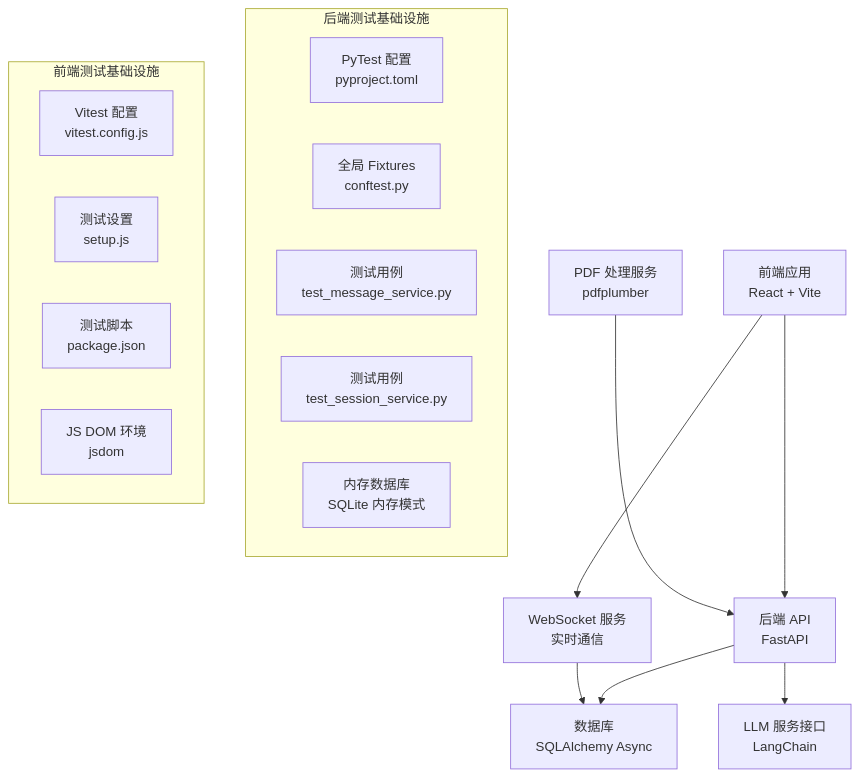
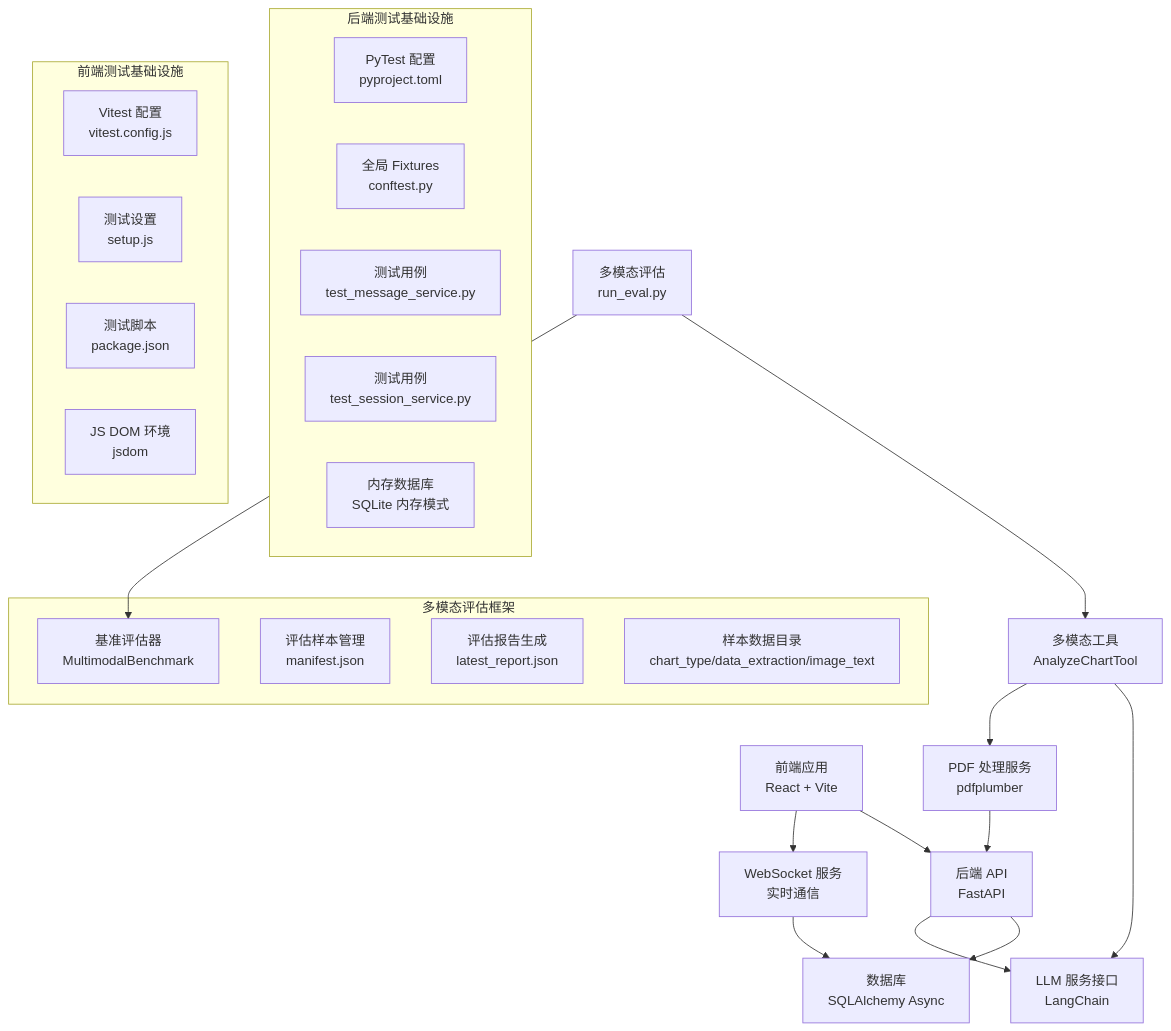
The first of 3 diagrams in .qoder/repowiki/zh/content/开发指南/测试策略与质量保证.md (laohanhahaha/PaperChat), drawn with Mermaid before and after one commit. The commit also changed other lines of this file and 185 other files, not shown here.

````diff
--- a/.qoder/repowiki/zh/content/开发指南/测试策略与质量保证.md
+++ b/.qoder/repowiki/zh/content/开发指南/测试策略与质量保证.md
@@ -53,22 +64,32 @@
 ```mermaid
 graph TB
 subgraph "后端测试基础设施"
 A["PyTest 配置<br/>pyproject.toml"]
 B["全局 Fixtures<br/>conftest.py"]
 C["测试用例<br/>test_message_service.py"]
 D["测试用例<br/>test_session_service.py"]
 E["内存数据库<br/>SQLite 内存模式"]
 end
 subgraph "前端测试基础设施"
 F["Vitest 配置<br/>vitest.config.js"]
 G["测试设置<br/>setup.js"]
 H["测试脚本<br/>package.json"]
 I["JS DOM 环境<br/>jsdom"]
 end
+subgraph "多模态评估框架"
+J["基准评估器<br/>MultimodalBenchmark"]
+K["评估样本管理<br/>manifest.json"]
+L["评估报告生成<br/>latest_report.json"]
+M["样本数据目录<br/>chart_type/data_extraction/image_text"]
+end
 FE["前端应用<br/>React + Vite"] --> API["后端 API<br/>FastAPI"]
 FE --> WS["WebSocket 服务<br/>实时通信"]
 API --> DB["数据库<br/>SQLAlchemy Async"]
 WS --> DB
 API --> LLM["LLM 服务接口<br/>LangChain"]
 PDF["PDF 处理服务<br/>pdfplumber"] --> API
+MM["多模态工具<br/>AnalyzeChartTool"] --> LLM
+MM --> PDF
+BE["多模态评估<br/>run_eval.py"] --> MM
+BE --> J
 ```
````
